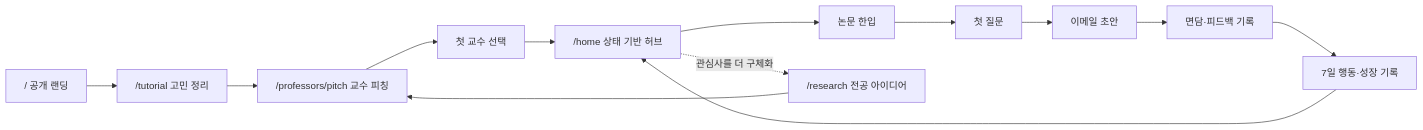
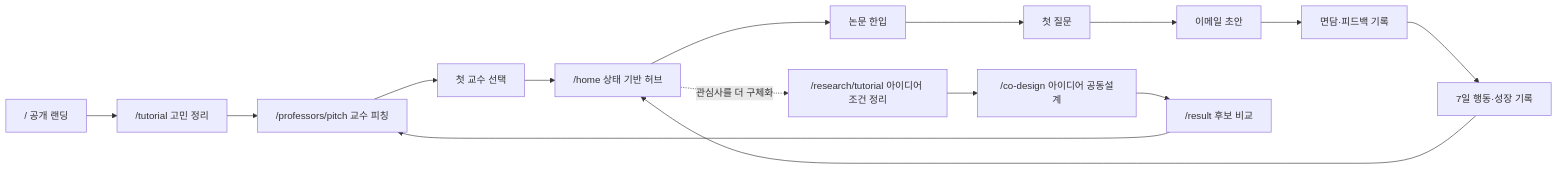
One commit to Suya020504/MajorEvolutionHomepage-demo-private changed the first of 2 diagrams in docs/SERVICE_FLOW.md. Above: the diagram before and after it, drawn with Mermaid. The commit also changed other lines of this file and 17 other files, not shown here.

Commit message:
Add guided research idea tutorial

````diff
--- a/docs/SERVICE_FLOW.md
+++ b/docs/SERVICE_FLOW.md
@@ -15,16 +15,18 @@
 ```mermaid
 flowchart LR
   L["/ 공개 랜딩"] --> T["/tutorial 고민 정리"]
   T --> P["/professors/pitch 교수 피칭"]
   P --> S["첫 교수 선택"]
   S --> H["/home 상태 기반 허브"]
   H --> R["논문 한입"]
   R --> Q["첫 질문"]
   Q --> E["이메일 초안"]
   E --> M["면담·피드백 기록"]
   M --> D["7일 행동·성장 기록"]
   D --> H
 
-  H -. "관심사를 더 구체화" .-> I["/research 전공 아이디어"]
-  I --> P
+  H -. "관심사를 더 구체화" .-> I["/research/tutorial 아이디어 조건 정리"]
+  I --> C["/co-design 아이디어 공동설계"]
+  C --> O["/result 후보 비교"]
+  O --> P
 ```
````
